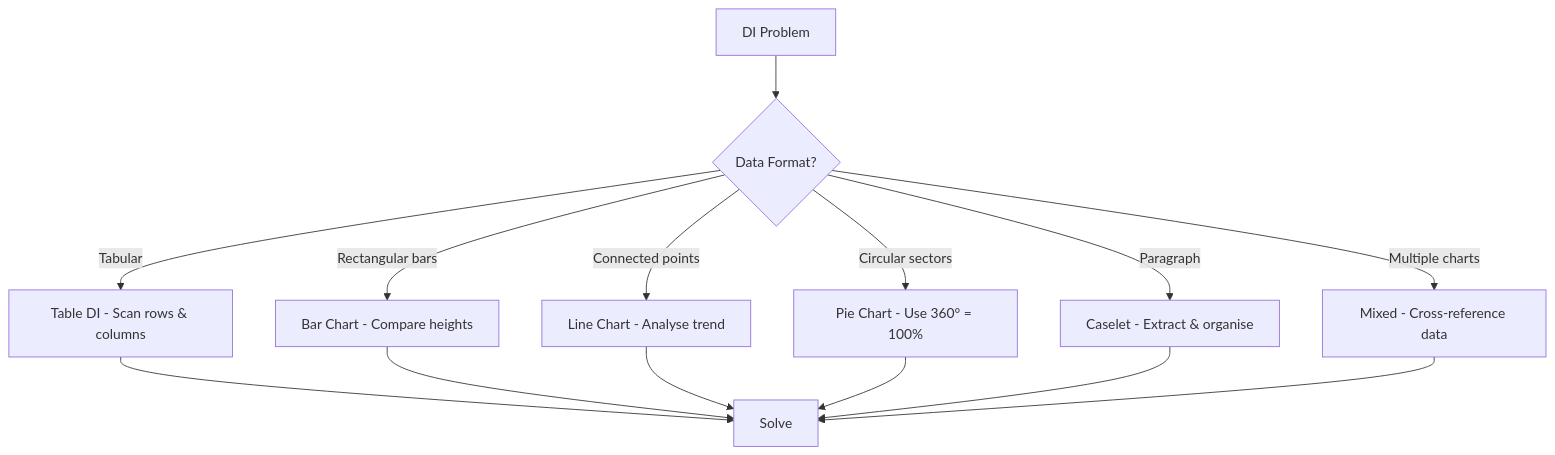
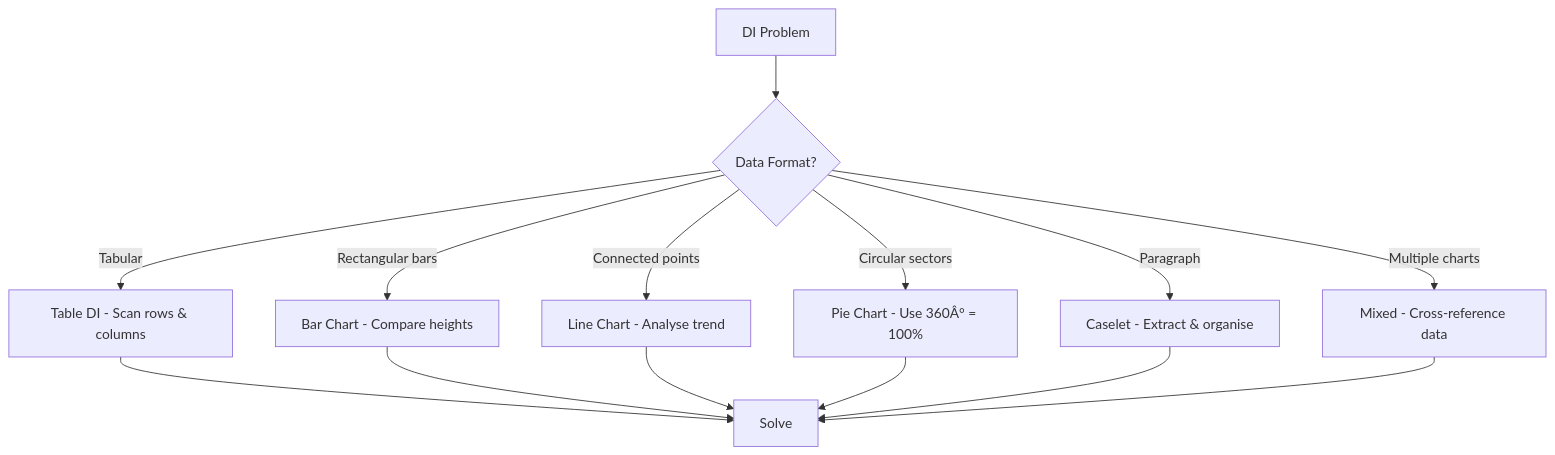
The first of 7 diagrams in docs/courses/quantitative-aptitude/03-data-interpretation.md (Raushan666java/ai-engineering-journey), drawn with Mermaid before and after one commit. The commit also changed other lines of this file and 735 other files, not shown here.

````diff
--- a/docs/courses/quantitative-aptitude/03-data-interpretation.md
+++ b/docs/courses/quantitative-aptitude/03-data-interpretation.md
@@ -126,16 +126,16 @@
 ```mermaid
 flowchart TD
     A["DI Problem"] --> B{"Data Format?"}
     B -->|"Tabular"| C["Table DI - Scan rows & columns"]
     B -->|"Rectangular bars"| D["Bar Chart - Compare heights"]
     B -->|"Connected points"| E["Line Chart - Analyse trend"]
-    B -->|"Circular sectors"| F["Pie Chart - Use 360° = 100%"]
+    B -->|"Circular sectors"| F["Pie Chart - Use 360Â° = 100%"]
     B -->|"Paragraph"| G["Caselet - Extract & organise"]
     B -->|"Multiple charts"| H["Mixed - Cross-reference data"]
     C --> I["Solve"]
     D --> I
     E --> I
     F --> I
     G --> I
     H --> I
 ```
````
